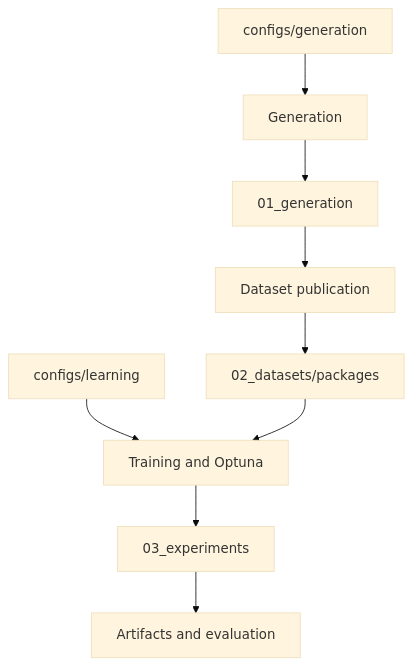
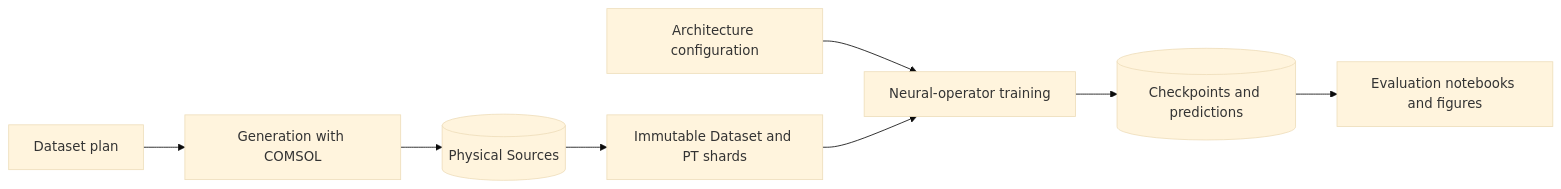
Before and after one commit to Rinovative/grainlegumes-pino-drying: the diagram in README.md, drawn with Mermaid (base theme). The commit also changed other lines of this file and 570 other files, not shown here.

````diff
--- a/README.md
+++ b/README.md
@@ -72,11 +127,8 @@
 ```mermaid
-flowchart TD
-    C[configs/generation] --> G[Generation]
-    G --> S[01_generation]
-    S --> D[Dataset publication]
-    D --> P[02_datasets/packages]
-    L[configs/learning] --> T[Training and Optuna]
-    P --> T
-    T --> E[03_experiments]
-    E --> A[Artifacts and evaluation]
+flowchart LR
+    P[Dataset plan] --> G[Generation with COMSOL]
+    G --> S[(Physical Sources)] --> D[Immutable Dataset and PT shards]
+    C[Architecture configuration] --> T[Neural-operator training]
+    D --> T
+    T --> R[(Checkpoints and predictions)] --> E[Evaluation notebooks and figures]
 ```
````
